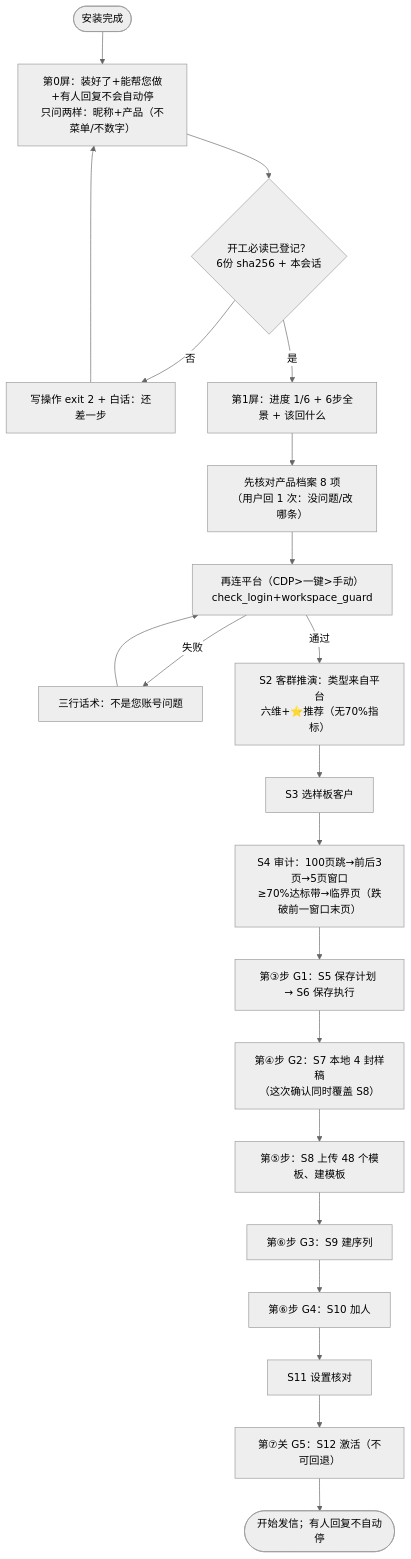
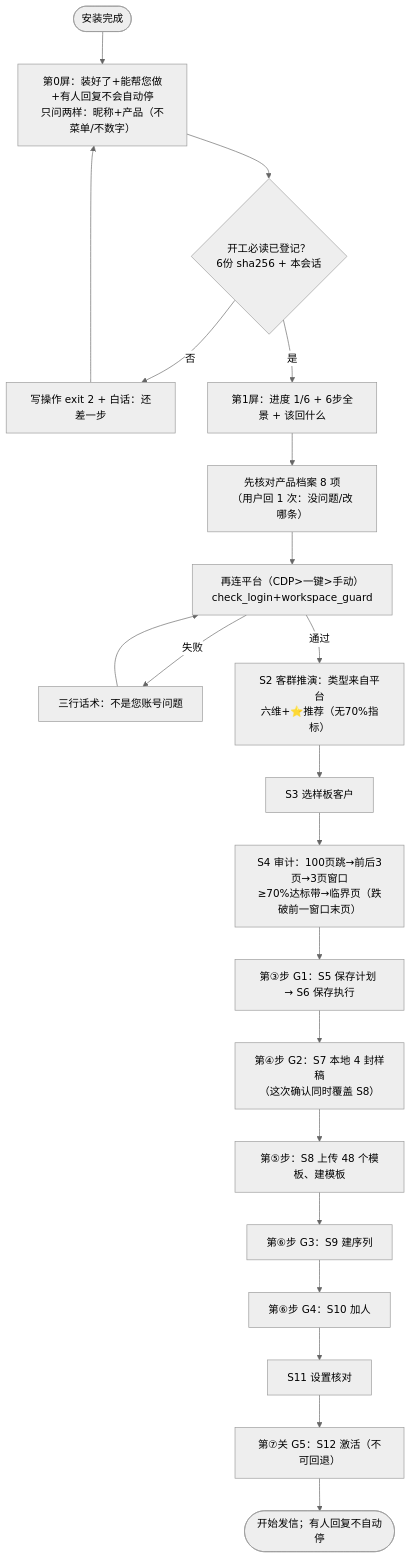
Before and after one commit to tony-apan/laifaxin-b2b-sales: the diagram in AGENTS.md, drawn with Mermaid (neutral theme). The commit also changed 21 other files, not shown here.

````diff
--- a/AGENTS.md
+++ b/AGENTS.md
@@ -36,20 +36,20 @@
 ```mermaid
 flowchart TD
   A([安装完成]) --> B["第0屏：装好了+能帮您做+有人回复不会自动停<br/>只问两样：昵称+产品（不菜单/不数字）"]
   B --> G{"开工必读已登记？<br/>6份 sha256 + 本会话"}
   G -- "否" --> GX["写操作 exit 2 + 白话：还差一步"] --> B
   G -- "是" --> C["第1屏：进度 1/6 + 6步全景 + 该回什么"]
   C --> P["先核对产品档案 8 项<br/>（用户回 1 次：没问题/改哪条）"]
   P --> L["再连平台（CDP>一键>手动）<br/>check_login+workspace_guard"]
   L -- "失败" --> LX["三行话术：不是您账号问题"] --> L
   L -- "通过" --> S2["S2 客群推演：类型来自平台<br/>六维+⭐推荐（无70%指标）"]
   S2 --> S3["S3 选样板客户"]
-  S3 --> S4["S4 审计：100页跳→前后3页→5页窗口<br/>≥70%达标带→临界页（跌破前一窗口末页）"]
+  S3 --> S4["S4 审计：100页跳→前后3页→3页窗口<br/>≥70%达标带→临界页（跌破前一窗口末页）"]
   S4 --> S5["第③步 G1：S5 保存计划 → S6 保存执行"]
   S5 --> S7["第④步 G2：S7 本地 4 封样稿<br/>（这次确认同时覆盖 S8）"]
   S7 --> S8["第⑤步：S8 上传 48 个模板、建模板"]
   S8 --> S9["第⑥步 G3：S9 建序列"]
   S9 --> S10["第⑥步 G4：S10 加人"] --> S11["S11 设置核对"]
   S11 --> S12["第⑦关 G5：S12 激活（不可回退）"]
   S12 --> END([开始发信；有人回复不自动停])
 ```
````
